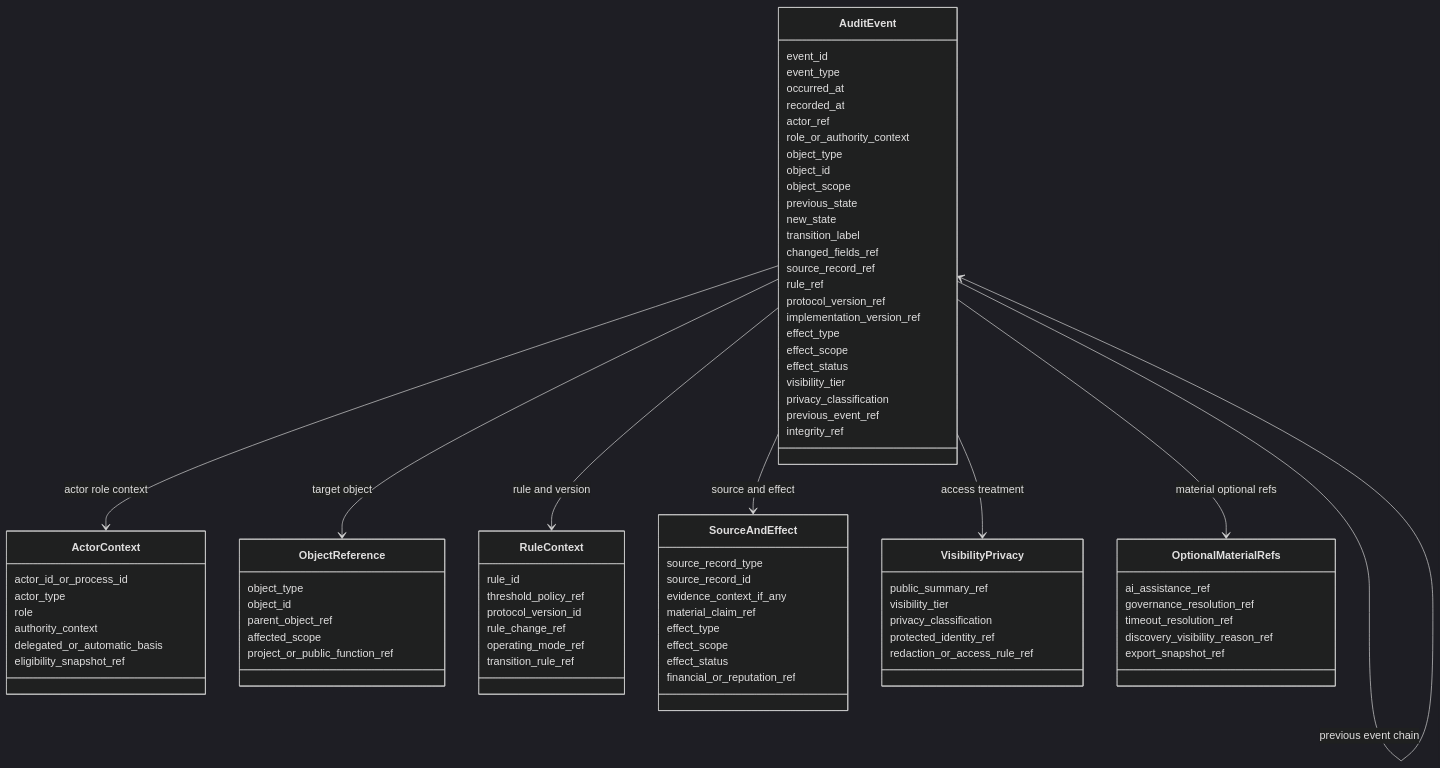
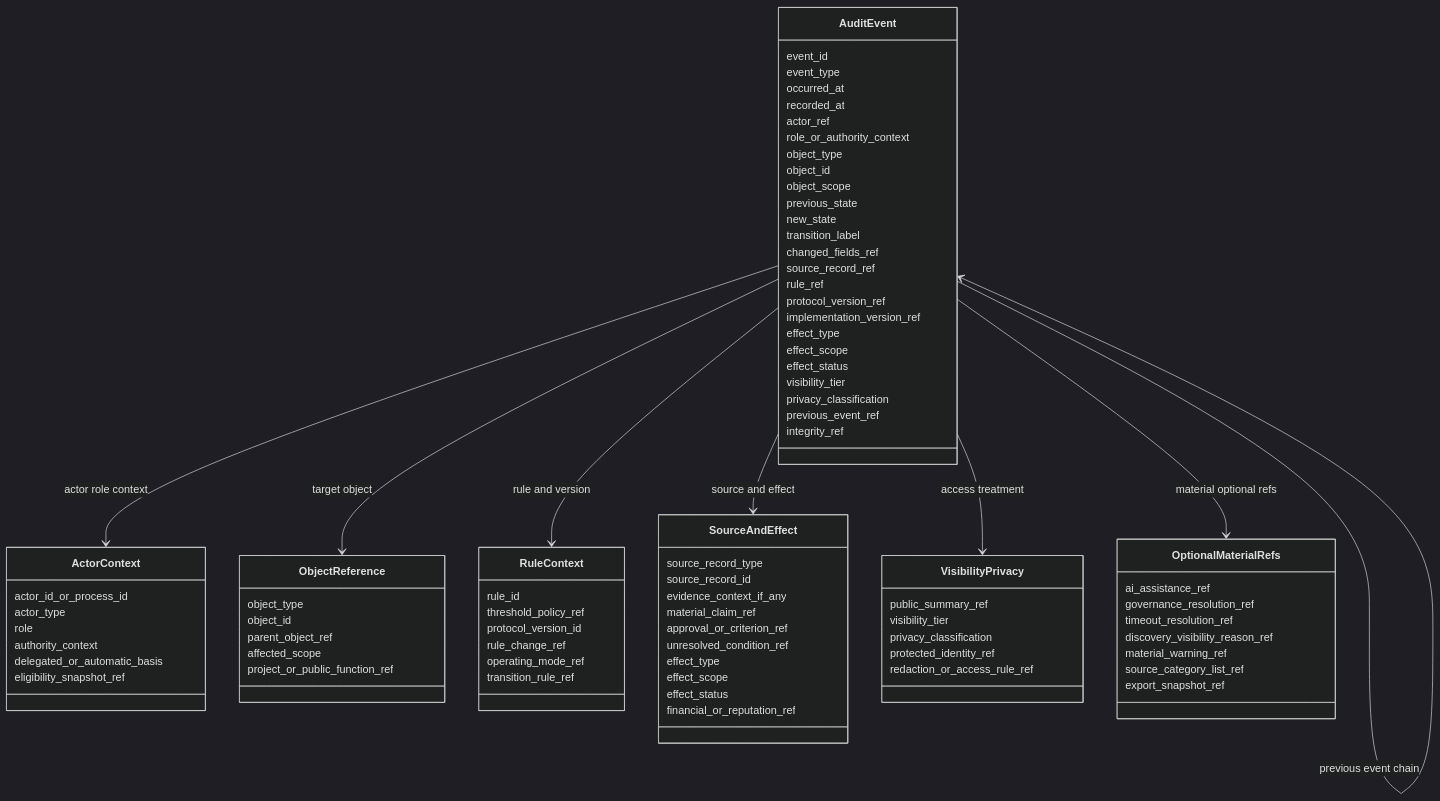
One commit to moffermann/distributed-governance-research changed the first of 3 diagrams in docs/diagrams/v0-audit-event-schema.md. Above: the diagram before and after it, drawn with Mermaid (dark theme). The commit also changed other lines of this file and 26 other files, not shown here.

```diff
--- a/docs/diagrams/v0-audit-event-schema.md
+++ b/docs/diagrams/v0-audit-event-schema.md
@@ -80,6 +80,8 @@
         source_record_id
         evidence_context_if_any
         material_claim_ref
+        approval_or_criterion_ref
+        unresolved_condition_ref
         effect_type
         effect_scope
         effect_status
@@ -99,6 +101,8 @@
         governance_resolution_ref
         timeout_resolution_ref
         discovery_visibility_reason_ref
+        material_warning_ref
+        source_category_list_ref
         export_snapshot_ref
     }
 
```
